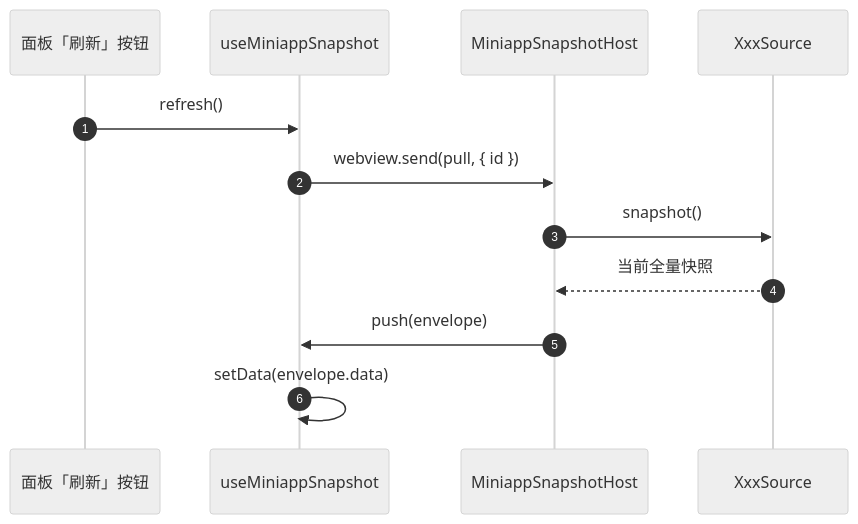
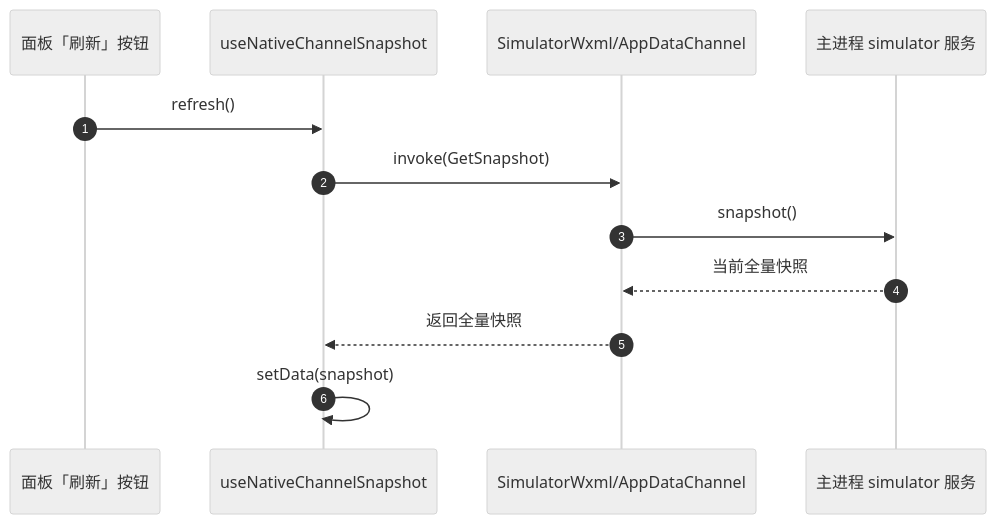
One commit to EchoTechFE/dimina-kit changed the fifth of 7 diagrams in packages/devtools/docs/miniapp-snapshot.md. Above: the diagram before and after it, drawn with Mermaid (neutral theme). The commit also changed other lines of this file and 253 other files, not shown here.

````diff
--- a/packages/devtools/docs/miniapp-snapshot.md
+++ b/packages/devtools/docs/miniapp-snapshot.md
@@ -199,15 +198,15 @@
 ```mermaid
 sequenceDiagram
   autonumber
   participant UI as 面板「刷新」按钮
-  participant RD as useMiniappSnapshot
-  participant Host as MiniappSnapshotHost
-  participant Src as XxxSource
+  participant RD as useNativeChannelSnapshot
+  participant CH as SimulatorWxml/AppDataChannel
+  participant SVC as 主进程 simulator 服务
 
   UI->>RD: refresh()
-  RD->>Host: webview.send(pull, { id })
-  Host->>Src: snapshot()
-  Src-->>Host: 当前全量快照
-  Host->>RD: push(envelope)
-  RD->>RD: setData(envelope.data)
+  RD->>CH: invoke(GetSnapshot)
+  CH->>SVC: snapshot()
+  SVC-->>CH: 当前全量快照
+  CH-->>RD: 返回全量快照
+  RD->>RD: setData(snapshot)
 ```
````
